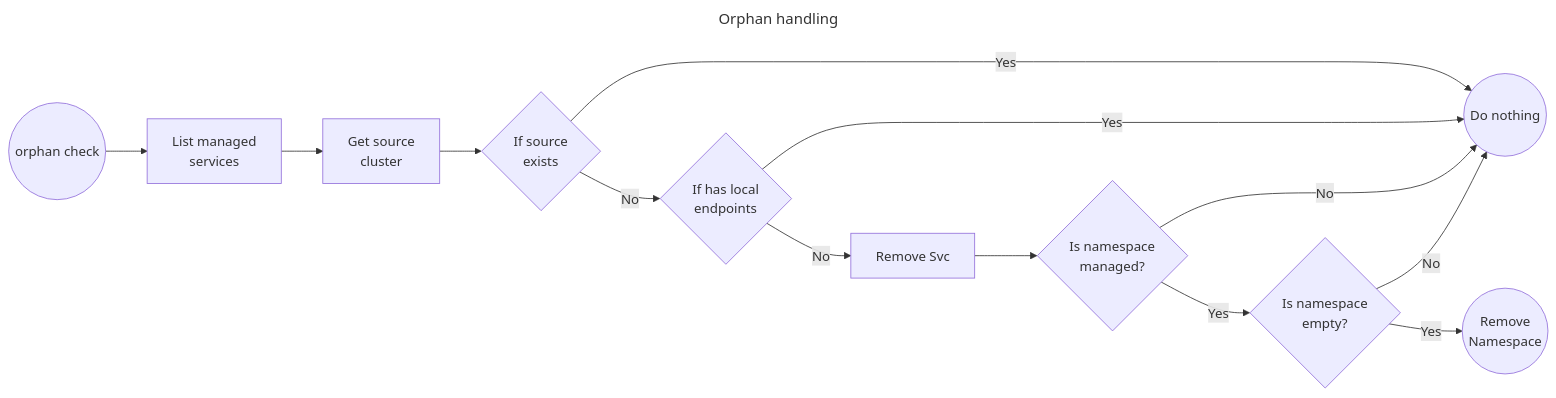
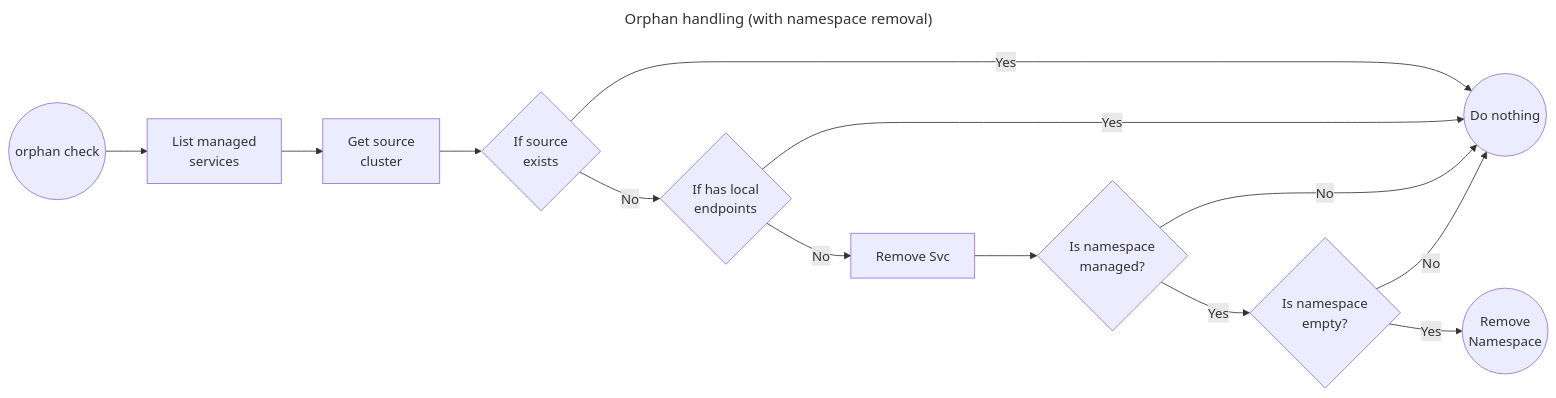
The fourth of 4 diagrams in docs/service-sync.md (powerhome/keess), drawn with Mermaid before and after one commit. The commit also changed other lines of this file, not shown here.

Commit message:
updated doc with no namespace removal

````diff
--- a/docs/service-sync.md
+++ b/docs/service-sync.md
@@ -141,19 +157,19 @@
 ```mermaid
 ---
-title: Orphan handling
+title: Orphan handling (with namespace removal)
 ---
 flowchart LR
   start((orphan check)) --> list_mng[List managed<br>services] --> get_source[Get source<br>cluster] --> if_source
 
   if_source{If source<br>exists} -- Yes -->  noop((Do nothing))
   if_source -- No --> if_local_end
 
   if_local_end{If has local<br> endpoints} -- Yes -->  noop((Do nothing))
   if_local_end -- No --> remove_svc[Remove Svc] --> if_ns_mng
 
   if_ns_mng{Is namespace<br>managed?} -- No -->  noop((Do nothing))
   if_ns_mng -- Yes --> if_ns_empty
 
   if_ns_empty{Is namespace<br>empty?} -- No --> noop((Do nothing))
   if_ns_empty -- Yes --> remove_ns((Remove<br>Namespace))
 ```
````
